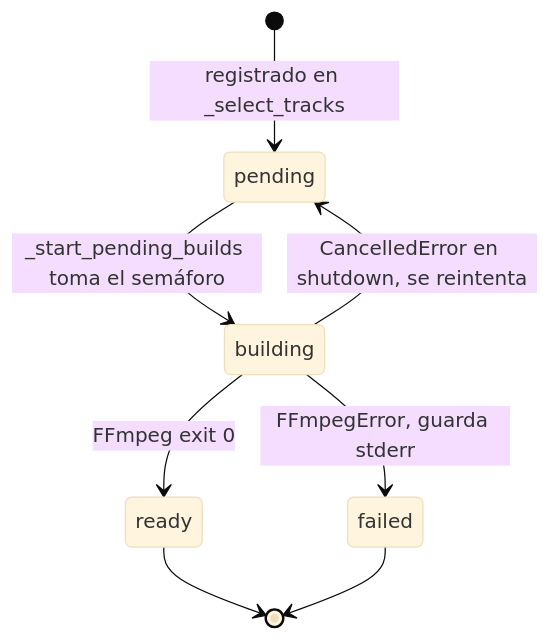
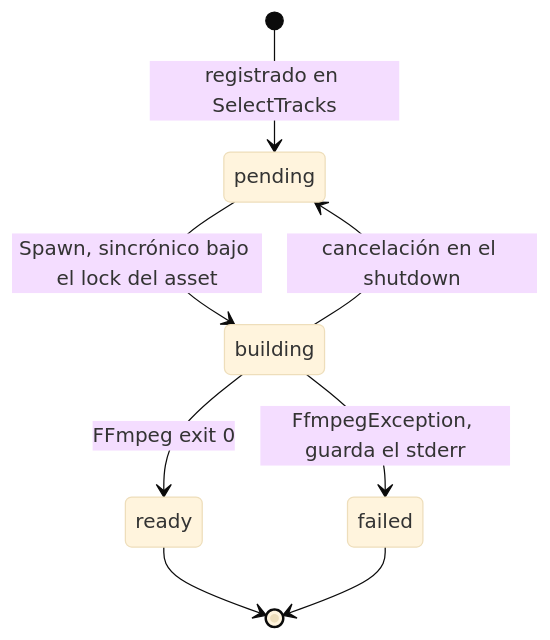
One commit to Juan045/home-stream-app changed the tenth of 15 diagrams in system_arquitecture.md. Above: the diagram before and after it, drawn with Mermaid (base theme). The commit also changed other lines of this file and 8 other files, not shown here.

````diff
--- a/system_arquitecture.md
+++ b/system_arquitecture.md
@@ -438,10 +533,10 @@
 ```mermaid
 stateDiagram-v2
-    [*] --> pending: registrado en _select_tracks
-    pending --> building: _start_pending_builds toma el semáforo
+    [*] --> pending: registrado en SelectTracks
+    pending --> building: Spawn, sincrónico bajo el lock del asset
     building --> ready: FFmpeg exit 0
-    building --> failed: FFmpegError, guarda stderr
-    building --> pending: CancelledError en shutdown, se reintenta
+    building --> failed: FfmpegException, guarda el stderr
+    building --> pending: cancelación en el shutdown
     ready --> [*]
     failed --> [*]
 ```
````
